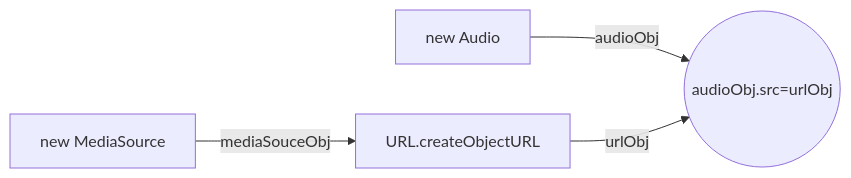
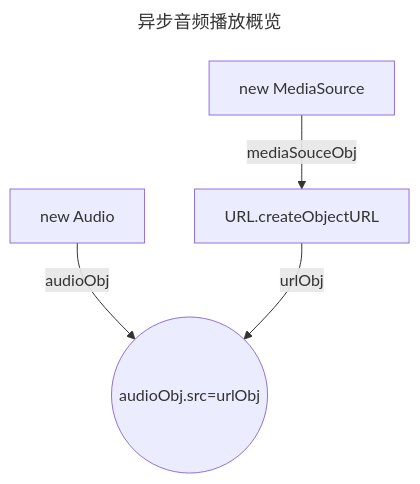
One commit to superAlibi/notes changed the first of 5 diagrams in notes/blogs/web_media/audio_api.md. Above: the diagram before and after it, drawn with Mermaid. The commit also changed other lines of this file and 4 other files, not shown here.

````diff
--- a/notes/blogs/web_media/audio_api.md
+++ b/notes/blogs/web_media/audio_api.md
@@ -85,6 +106,9 @@
 ```mermaid
-graph LR
+---
+title: 异步音频播放概览
+---
+graph TB
   Audio[new Audio]-- audioObj --> out
   s[new MediaSource]-- mediaSouceObj -->URL[URL.createObjectURL]
   URL-- urlObj --> out(("audioObj.src=urlObj"))
 ```
````
